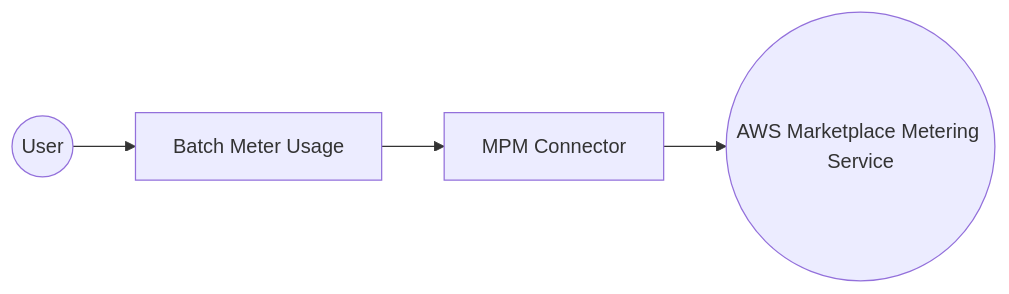
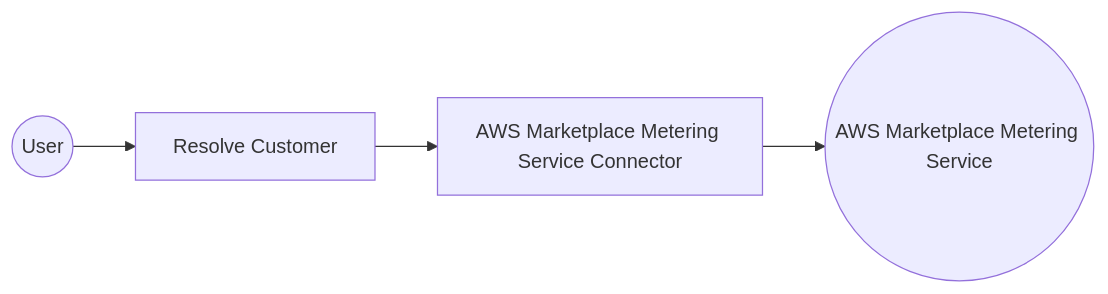
Before and after one commit to anuruddhal/docs-integrator: the diagram in docs/connectors/catalog/cloud-infrastructure/aws.marketplace.mpm/example.md, drawn with Mermaid. The commit also changed other lines of this file and 3121 other files, not shown here.

````diff
--- a/docs/connectors/catalog/cloud-infrastructure/aws.marketplace.mpm/example.md
+++ b/docs/connectors/catalog/cloud-infrastructure/aws.marketplace.mpm/example.md
@@ -12,6 +12,6 @@
 ```mermaid
 flowchart LR
-    A((User)) --> B[Batch Meter Usage]
-    B --> C[MPM Connector]
+    A((User)) --> B[Resolve Customer]
+    B --> C[AWS Marketplace Metering Service Connector]
     C --> D((AWS Marketplace Metering Service))
 ```
````
